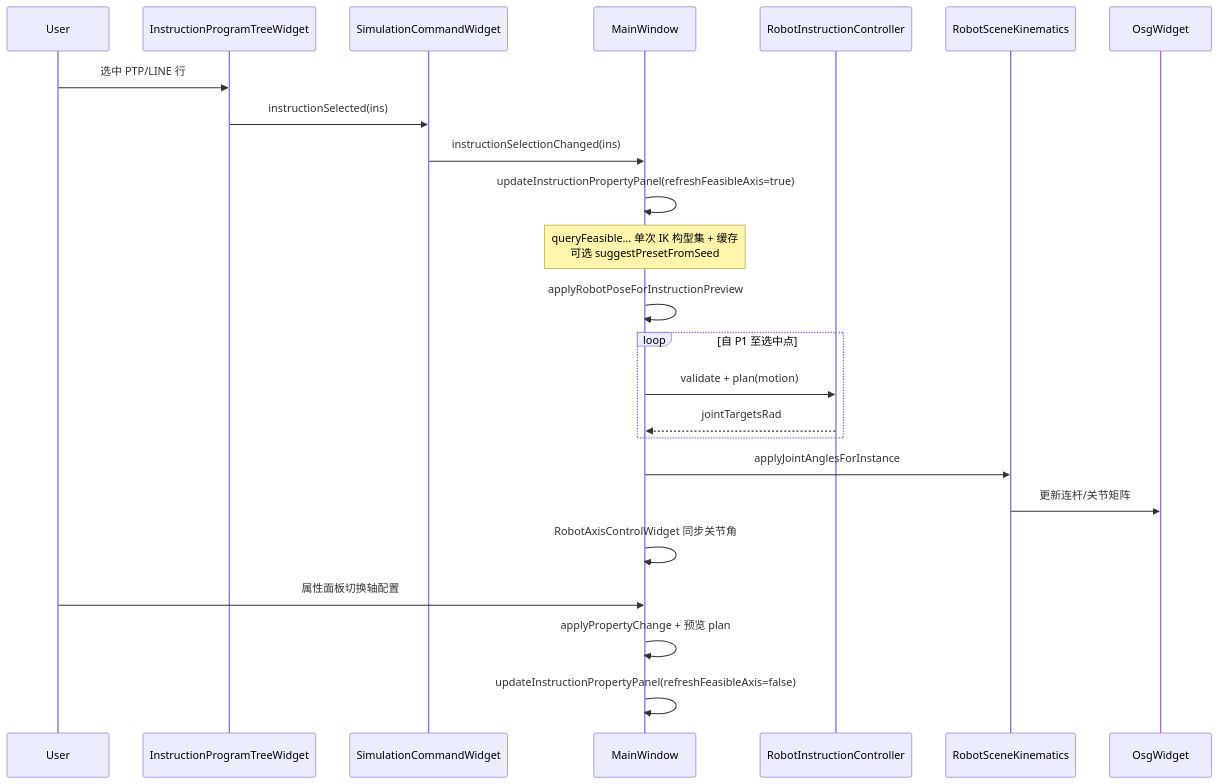
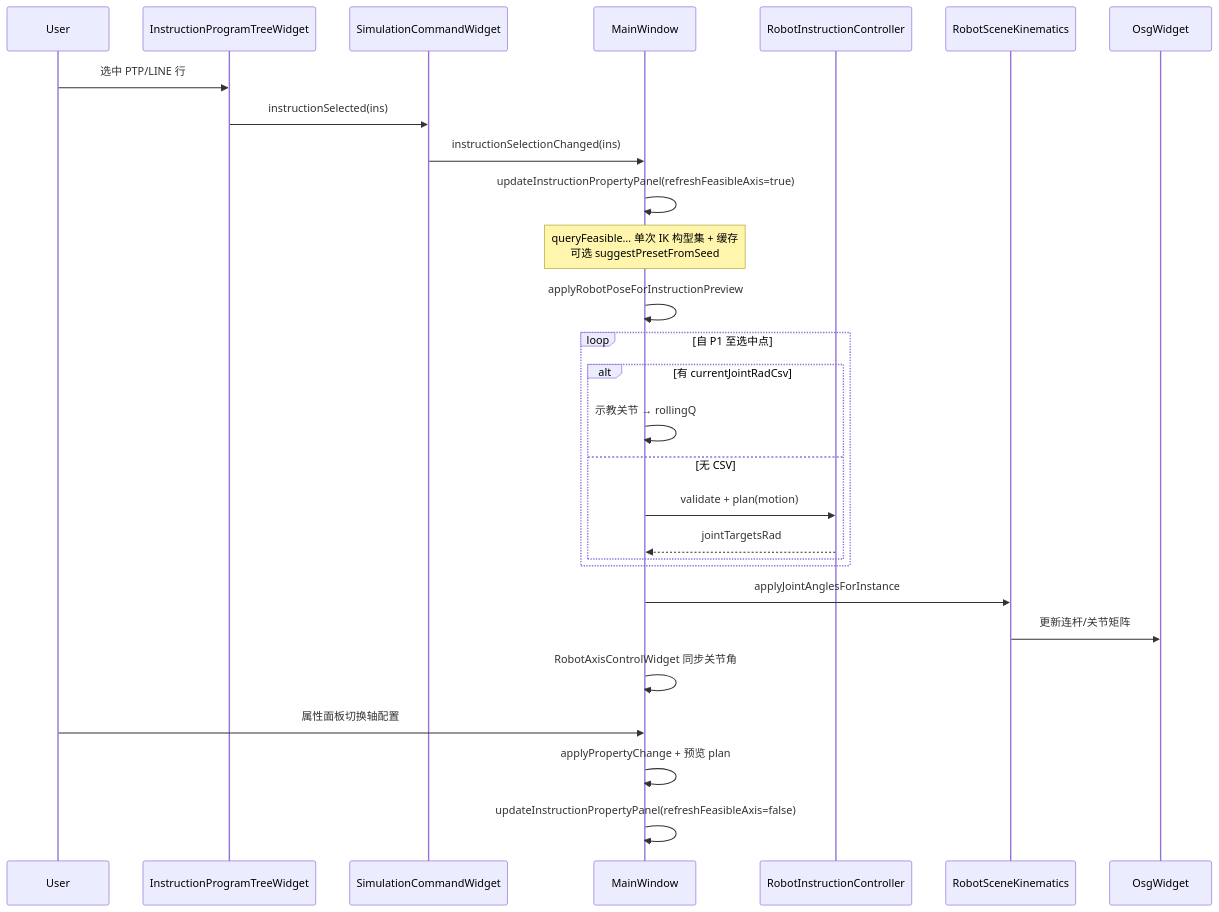
Before and after one commit to sanmunejdn/CloudSim: the sixth of 7 diagrams in ARCHITECTURE_SUMMARY.md, drawn with Mermaid. The commit also changed other lines of this file and 65 other files, not shown here.

````diff
--- a/ARCHITECTURE_SUMMARY.md
+++ b/ARCHITECTURE_SUMMARY.md
@@ -535,28 +546,32 @@
 ```mermaid
 sequenceDiagram
     participant User as User
     participant Tree as InstructionProgramTreeWidget
     participant Sim as SimulationCommandWidget
     participant MW as MainWindow
     participant Ctrl as RobotInstructionController
     participant Kin as RobotSceneKinematics
     participant Osg as OsgWidget
 
     User->>Tree: 选中 PTP/LINE 行
     Tree->>Sim: instructionSelected(ins)
     Sim->>MW: instructionSelectionChanged(ins)
     MW->>MW: updateInstructionPropertyPanel(refreshFeasibleAxis=true)
     Note over MW: queryFeasible… 单次 IK 构型集 + 缓存<br/>可选 suggestPresetFromSeed
     MW->>MW: applyRobotPoseForInstructionPreview
     loop 自 P1 至选中点
-        MW->>Ctrl: validate + plan(motion)
-        Ctrl-->>MW: jointTargetsRad
+        alt 有 currentJointRadCsv
+            MW->>MW: 示教关节 → rollingQ
+        else 无 CSV
+            MW->>Ctrl: validate + plan(motion)
+            Ctrl-->>MW: jointTargetsRad
+        end
     end
     MW->>Kin: applyJointAnglesForInstance
     Kin->>Osg: 更新连杆/关节矩阵
     MW->>MW: RobotAxisControlWidget 同步关节角
 
     User->>MW: 属性面板切换轴配置
     MW->>MW: applyPropertyChange + 预览 plan
     MW->>MW: updateInstructionPropertyPanel(refreshFeasibleAxis=false)
 ```
````
